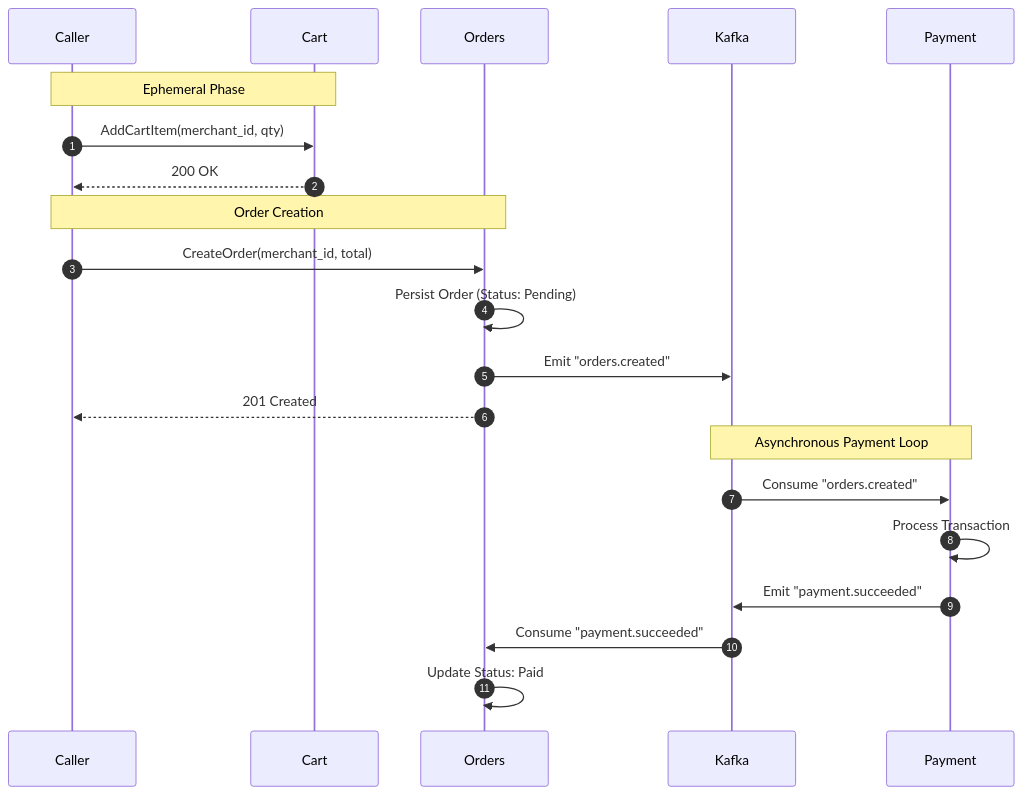
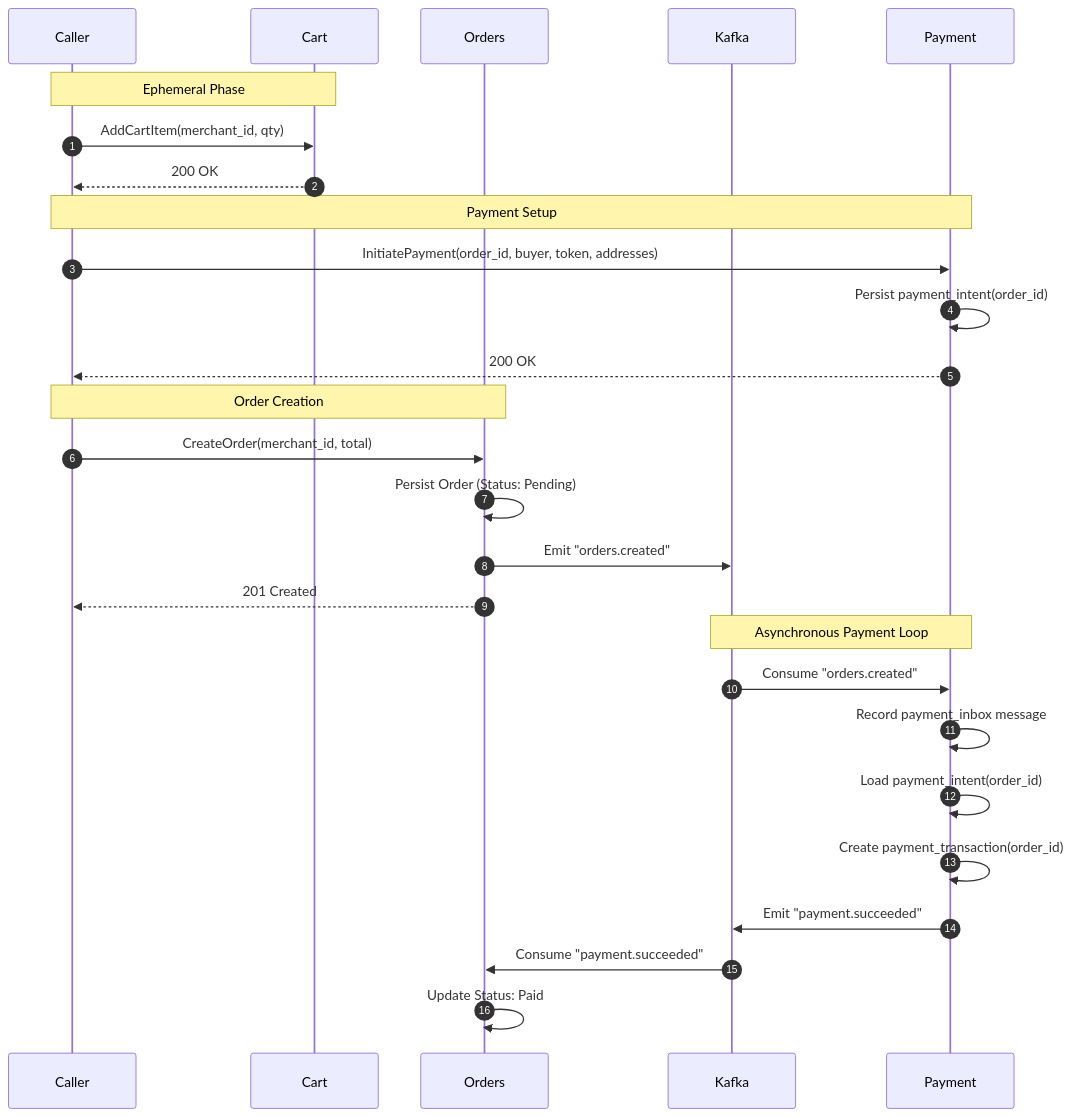
The diagram in docs/core-order-payment-flow.md (phuchoang2603/refurbished-marketplace), drawn with Mermaid before and after one commit. The commit also changed 66 other files, not shown here.

First line of the commit message:
feat(checkout): switch checkout flow to merchant-scoped orders and order-level payment events

````diff
--- a/docs/core-order-payment-flow.md
+++ b/docs/core-order-payment-flow.md
@@ -14,26 +14,33 @@
 ```mermaid
 sequenceDiagram
     autonumber
     participant C as Caller
     participant CRT as Cart
     participant ORD as Orders
     participant K as Kafka
     participant PAY as Payment
 
     Note over C, CRT: Ephemeral Phase
     C->>CRT: AddCartItem(merchant_id, qty)
     CRT-->>C: 200 OK
 
+    Note over C, PAY: Payment Setup
+    C->>PAY: InitiatePayment(order_id, buyer, token, addresses)
+    PAY->>PAY: Persist payment_intent(order_id)
+    PAY-->>C: 200 OK
+
     Note over C, ORD: Order Creation
     C->>ORD: CreateOrder(merchant_id, total)
     ORD->>ORD: Persist Order (Status: Pending)
     ORD->>K: Emit "orders.created"
     ORD-->>C: 201 Created
 
     Note over K, PAY: Asynchronous Payment Loop
     K->>PAY: Consume "orders.created"
-    PAY->>PAY: Process Transaction
+    PAY->>PAY: Record payment_inbox message
+    PAY->>PAY: Load payment_intent(order_id)
+    PAY->>PAY: Create payment_transaction(order_id)
     PAY->>K: Emit "payment.succeeded"
     K->>ORD: Consume "payment.succeeded"
     ORD->>ORD: Update Status: Paid
 ```
````
